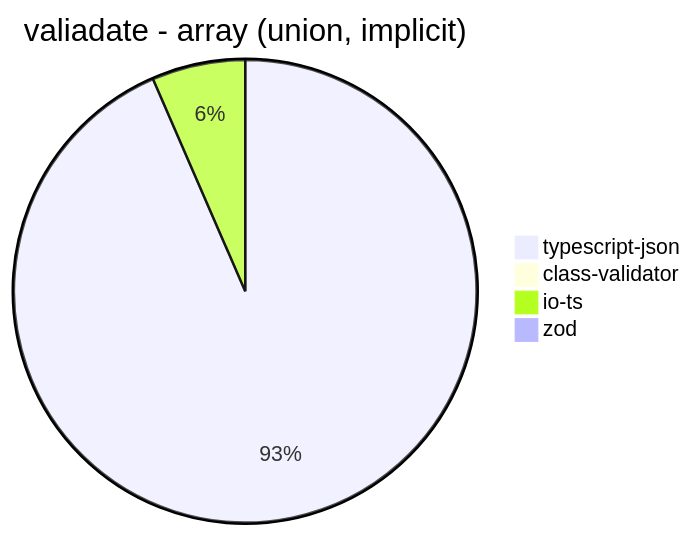
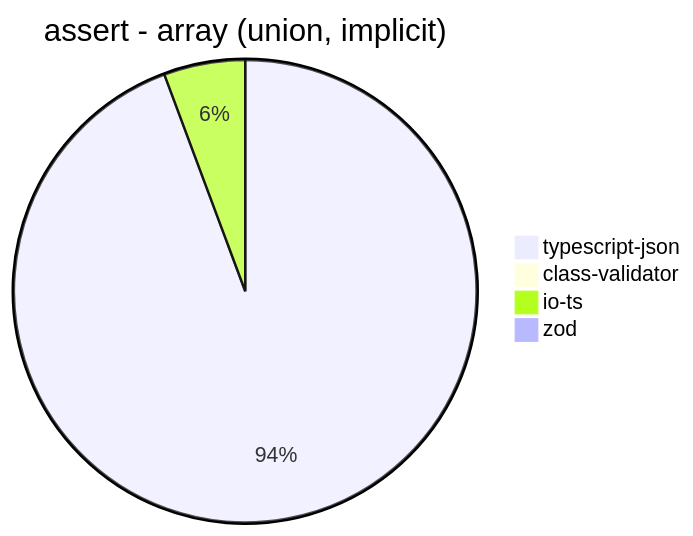
Before and after one commit to samchon/typia: diagram 15 of 40 in benchmark/results/AMD Ryzen 7 5800H with Radeon Graphics.md, drawn with Mermaid. The commit also changed other lines of this file and 4 other files, not shown here.

````diff
--- a/benchmark/results/AMD Ryzen 7 5800H with Radeon Graphics.md
+++ b/benchmark/results/AMD Ryzen 7 5800H with Radeon Graphics.md
@@ -172,7 +172,7 @@
 ```mermaid
-pie title valiadate - array (union, implicit)
-  "typescript-json": 1667.821330902461
-  "class-validator": 8.94187779433681
-  "io-ts": 116.4021164021164
-  "zod": 3.7593984962406015
+pie title assert - array (union, implicit)
+  "typescript-json": 1939.1083725987678
+  "class-validator": 8.987081070960494
+  "io-ts": 116.8903803131991
+  "zod": 3.79003221527383
 ```
````
